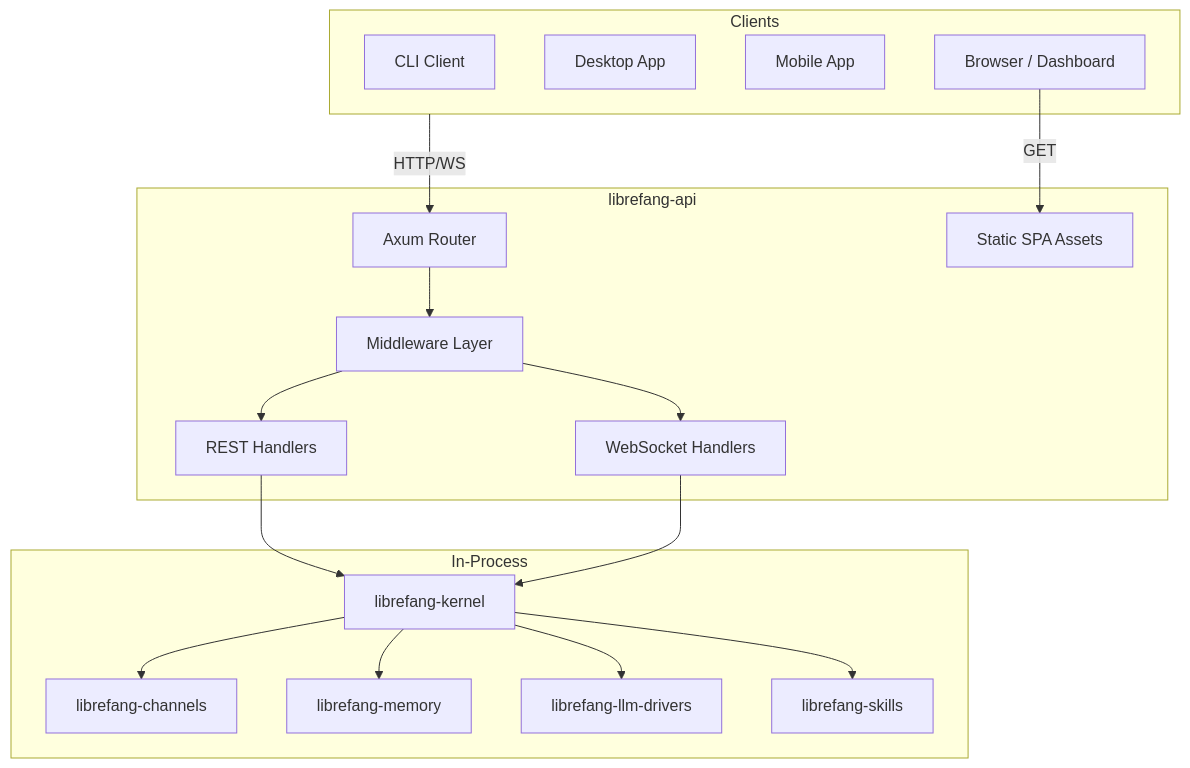
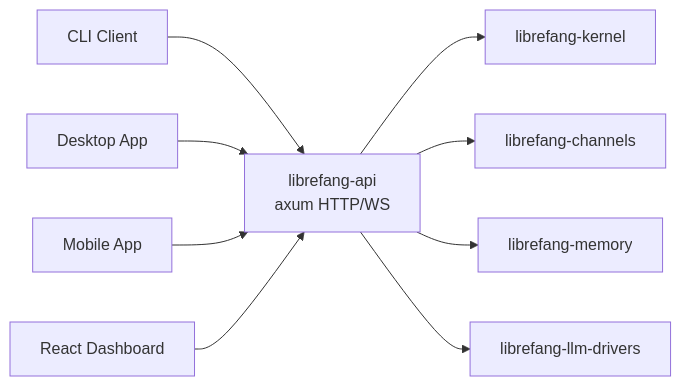
The diagram in other-librefang-api.md (leszek3737/librefang-WIki), drawn with Mermaid before and after one commit. The commit also changed other lines of this file and 119 other files, not shown here.

````diff
--- a/other-librefang-api.md
+++ b/other-librefang-api.md
@@ -11,37 +11,19 @@
 ```mermaid
-graph TB
-    subgraph Clients
-        CLI[CLI Client]
-        Desktop[Desktop App]
-        Mobile[Mobile App]
-        Browser[Browser / Dashboard]
-    end
+graph LR
+    CLI[CLI Client]
+    DESK[Desktop App]
+    MOB[Mobile App]
+    DASH[React Dashboard]
 
-    subgraph librefang-api
-        Router[Axum Router]
-        MW[Middleware Layer]
-        REST[REST Handlers]
-        WS[WebSocket Handlers]
-        SPA[Static SPA Assets]
-    end
+    API[librefang-api<br/>axum HTTP/WS]
 
-    subgraph In-Process
-        Kernel[librefang-kernel]
-        Channels[librefang-channels]
-        Memory[librefang-memory]
-        LLM[librefang-llm-drivers]
-        Skills[librefang-skills]
-    end
+    CLI --> API
+    DESK --> API
+    MOB --> API
+    DASH --> API
 
-    Clients -->|HTTP/WS| Router
-    Router --> MW
-    MW --> REST
-    MW --> WS
-    Browser -->|GET| SPA
-    REST --> Kernel
-    WS --> Kernel
-    Kernel --> Channels
-    Kernel --> Memory
-    Kernel --> LLM
-    Kernel --> Skills
+    API --> K[librefang-kernel]
+    API --> CH[librefang-channels]
+    API --> MEM[librefang-memory]
+    API --> LLM[librefang-llm-drivers]
 ```
````
